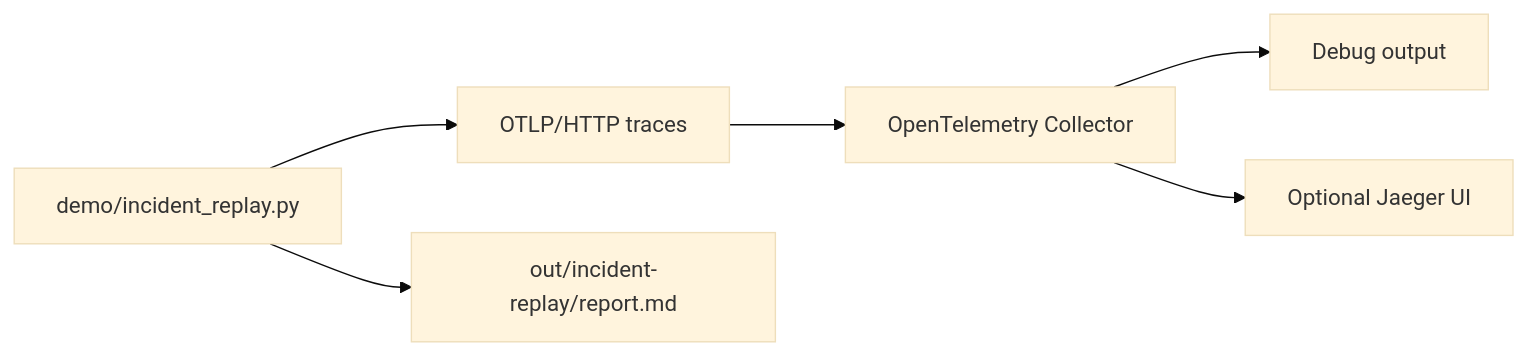
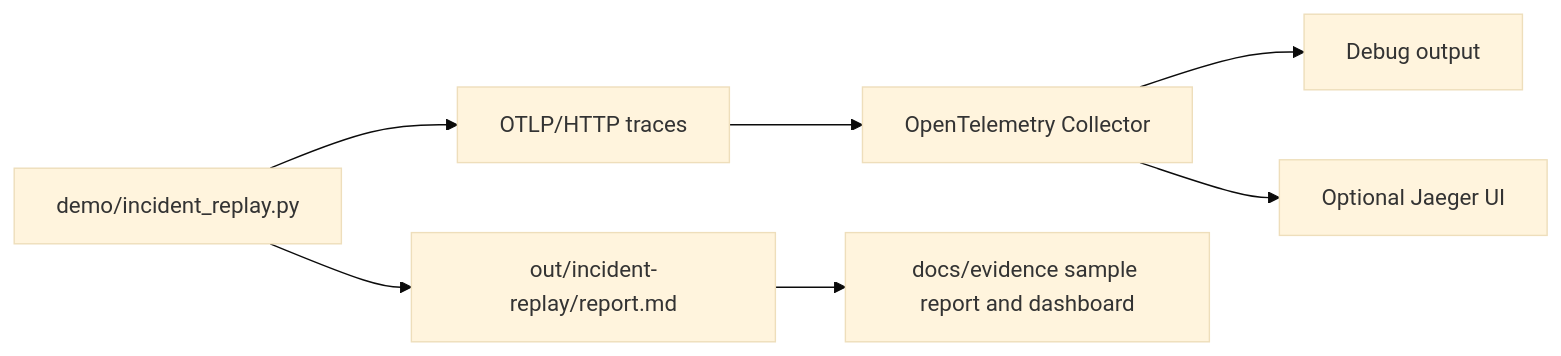
Before and after one commit to Haihan-Jiang/gke-ai-workload-observability-recipes: the diagram in docs/architecture/incident-replay.md, drawn with Mermaid (base theme). The commit also changed other lines of this file and 9 other files, not shown here.

Commit message:
Add incident replay evidence artifacts

````diff
--- a/docs/architecture/incident-replay.md
+++ b/docs/architecture/incident-replay.md
@@ -7,8 +7,9 @@
 ```mermaid
 flowchart LR
-  replay["demo/incident_replay.py"] --> otlp["OTLP/HTTP traces"]
-  otlp --> collector["OpenTelemetry Collector"]
-  collector --> debug["Debug output"]
-  collector --> jaeger["Optional Jaeger UI"]
-  replay --> report["out/incident-replay/report.md"]
+replay["demo/incident_replay.py"] --> otlp["OTLP/HTTP traces"]
+otlp --> collector["OpenTelemetry Collector"]
+collector --> debug["Debug output"]
+collector --> jaeger["Optional Jaeger UI"]
+replay --> report["out/incident-replay/report.md"]
+report --> evidence["docs/evidence sample report and dashboard"]
 ```
````
